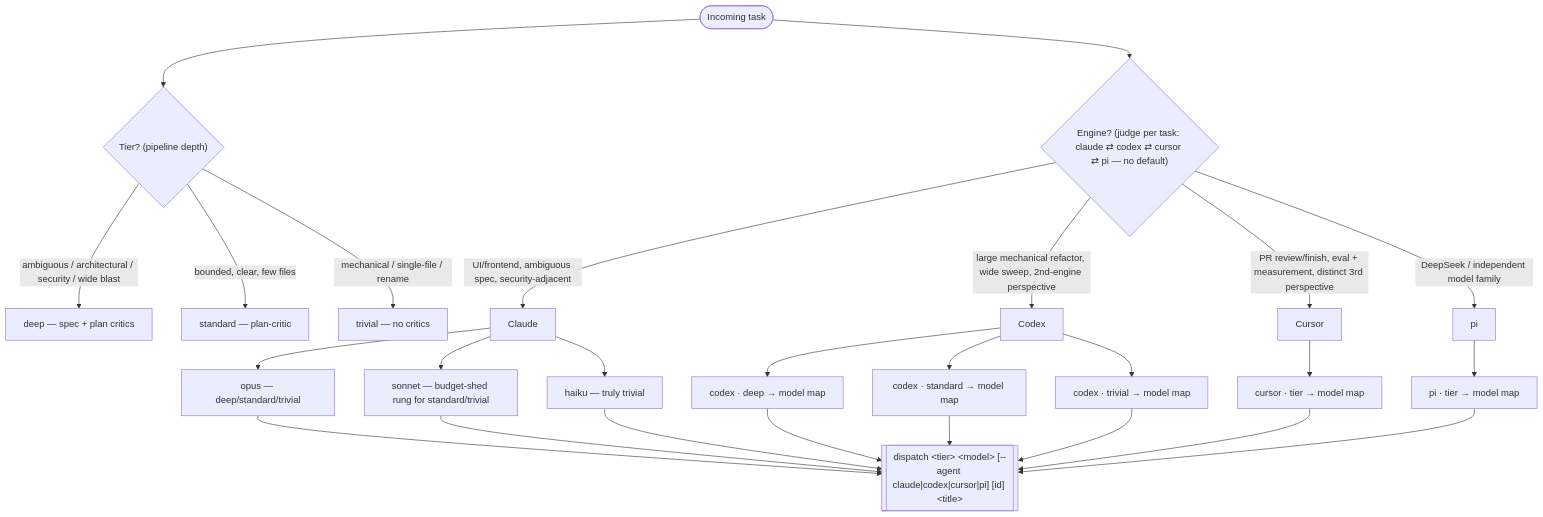
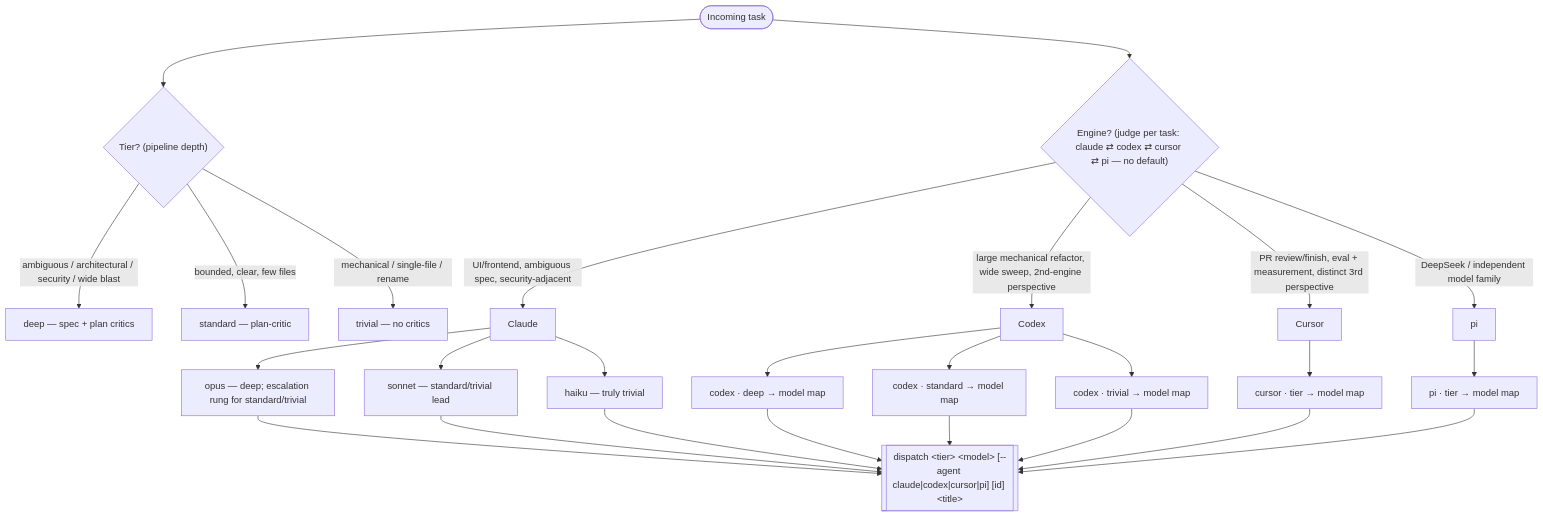
The diagram in adapters/cursor/protocols/dispatch-orchestration.md (noamsto/dispatcher), drawn with Mermaid before and after one commit. The commit also changed other lines of this file and 13 other files, not shown here.

Commit message:
feat(dispatch): make sonnet the claude standard/trivial lead, opus the escalation (#622)

````diff
--- a/adapters/cursor/protocols/dispatch-orchestration.md
+++ b/adapters/cursor/protocols/dispatch-orchestration.md
@@ -5,32 +5,32 @@
 ```mermaid
 flowchart TD
     T(["Incoming task"]) --> TIER{"Tier? (pipeline depth)"}
     T --> ENG{"Engine? (judge per task: claude ⇄ codex ⇄ cursor ⇄ pi — no default)"}
 
     TIER -->|"ambiguous / architectural / security / wide blast"| DEEP["deep — spec + plan critics"]
     TIER -->|"bounded, clear, few files"| STD["standard — plan-critic"]
     TIER -->|"mechanical / single-file / rename"| TRIV["trivial — no critics"]
 
     ENG -->|"large mechanical refactor, wide sweep, 2nd-engine perspective"| CODEX["Codex"]
     ENG -->|"UI/frontend, ambiguous spec, security-adjacent"| CLAUDE["Claude"]
     ENG -->|"PR review/finish, eval + measurement, distinct 3rd perspective"| CURSOR["Cursor"]
     ENG -->|"DeepSeek / independent model family"| PI["pi"]
 
-    CLAUDE --> OPUS["opus — deep/standard/trivial"]
-    CLAUDE --> SONNET["sonnet — budget-shed rung for standard/trivial"]
+    CLAUDE --> OPUS["opus — deep; escalation rung for standard/trivial"]
+    CLAUDE --> SONNET["sonnet — standard/trivial lead"]
     CLAUDE --> HAIKU["haiku — truly trivial"]
     CODEX --> GH["codex · deep → model map"]
     CODEX --> GM["codex · standard → model map"]
     CODEX --> GL["codex · trivial → model map"]
     CURSOR --> CU["cursor · tier → model map"]
     PI --> PM["pi · tier → model map"]
 
     OPUS --> D[["dispatch &lt;tier&gt; &lt;model&gt; [--agent claude|codex|cursor|pi] [id] &lt;title&gt;"]]
     SONNET --> D
     HAIKU --> D
     GH --> D
     GM --> D
     GL --> D
     CU --> D
     PM --> D
 ```
````
